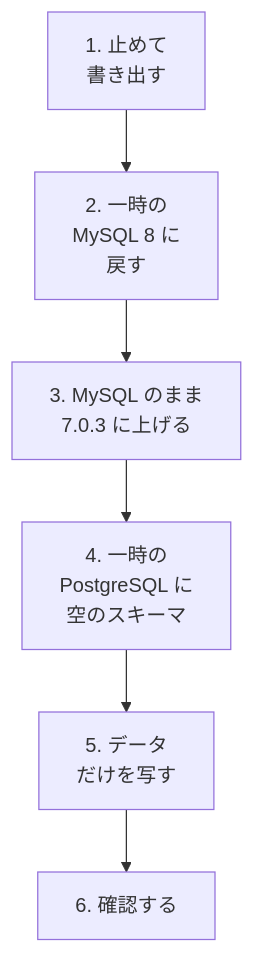
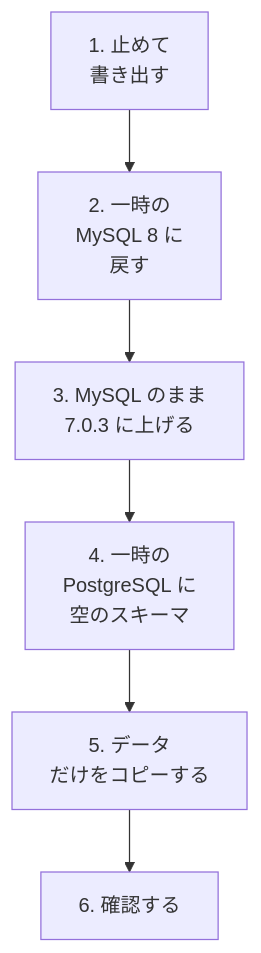
One commit to redmine-kit/serverless changed the second of 2 diagrams in docs/ja/migration.md. Above: the diagram before and after it, drawn with Mermaid. The commit also changed other lines of this file and 4 other files, not shown here.

````diff
--- a/docs/ja/migration.md
+++ b/docs/ja/migration.md
@@ -47,8 +47,8 @@
 ```mermaid
 flowchart TD
   a["1. 止めて<br>書き出す"] --> b["2. 一時の<br>MySQL 8 に<br>戻す"]
   b --> c["3. MySQL のまま<br>7.0.3 に上げる"]
   c --> d["4. 一時の<br>PostgreSQL に<br>空のスキーマ"]
-  d --> e["5. データ<br>だけを写す"]
+  d --> e["5. データ<br>だけをコピーする"]
   e --> f["6. 確認する"]
 ```
````
